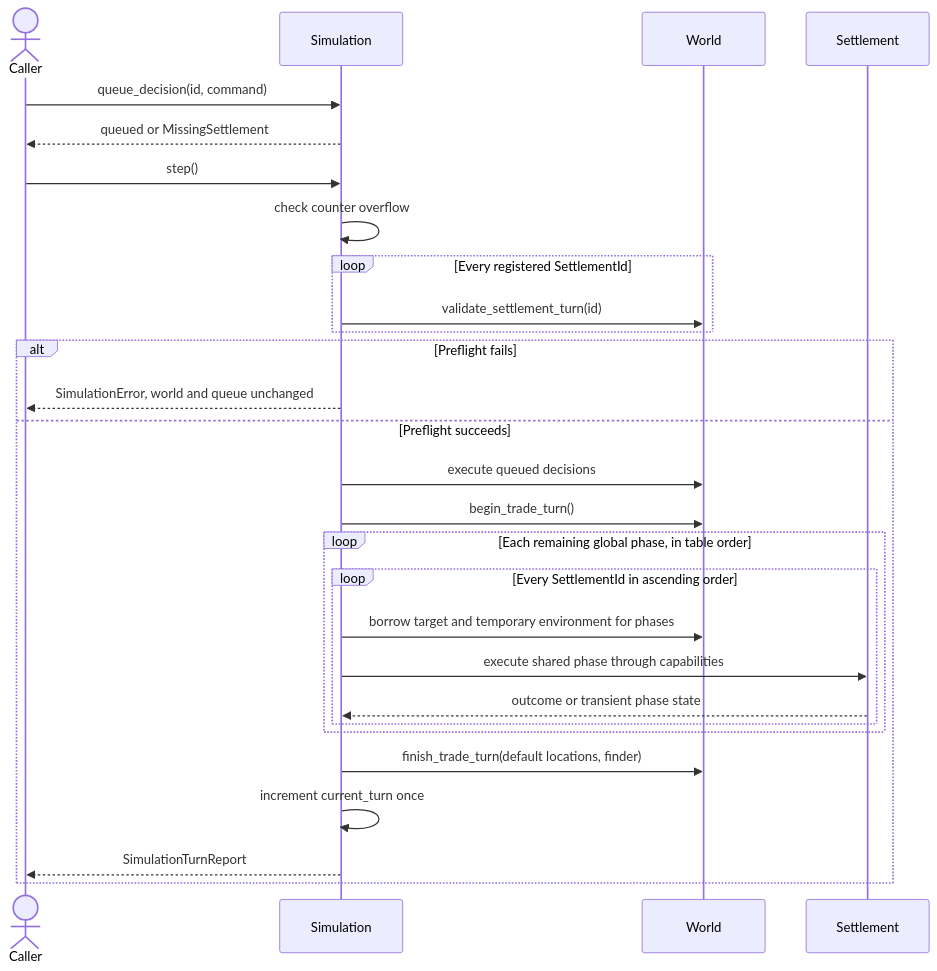
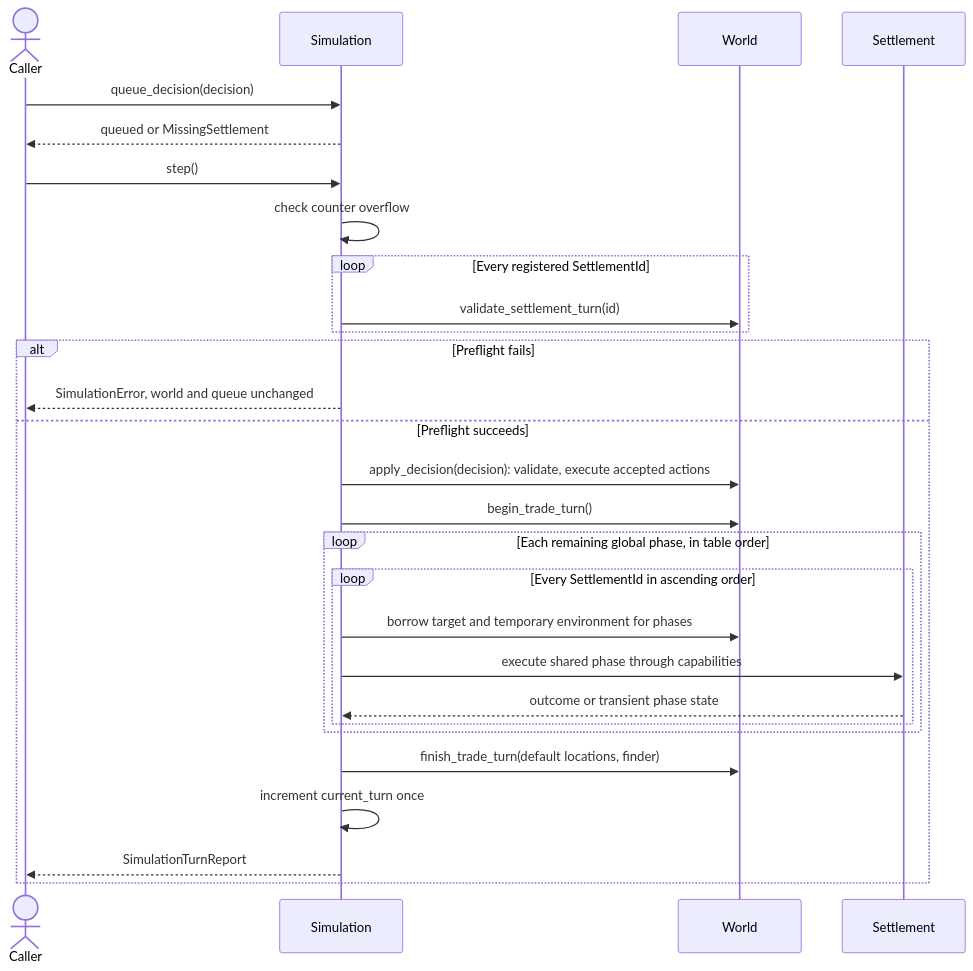
One commit to KMaksymilian/marl-grand-strategy-game changed the first of 3 diagrams in docs/architecture/overview/turn_lifecycle.md. Above: the diagram before and after it, drawn with Mermaid. The commit also changed 18 other files, not shown here.

````diff
--- a/docs/architecture/overview/turn_lifecycle.md
+++ b/docs/architecture/overview/turn_lifecycle.md
@@ -28,30 +28,30 @@
 ```mermaid
 sequenceDiagram
     actor Caller
     participant Sim as Simulation
     participant W as World
     participant S as Settlement
-    Caller->>Sim: queue_decision(id, command)
+    Caller->>Sim: queue_decision(decision)
     Sim-->>Caller: queued or MissingSettlement
     Caller->>Sim: step()
     Sim->>Sim: check counter overflow
     loop Every registered SettlementId
         Sim->>W: validate_settlement_turn(id)
     end
     alt Preflight fails
         Sim-->>Caller: SimulationError, world and queue unchanged
     else Preflight succeeds
-        Sim->>W: execute queued decisions
+        Sim->>W: apply_decision(decision): validate, execute accepted actions
         Sim->>W: begin_trade_turn()
         loop Each remaining global phase, in table order
             loop Every SettlementId in ascending order
                 Sim->>W: borrow target and temporary environment for phases
                 Sim->>S: execute shared phase through capabilities
                 S-->>Sim: outcome or transient phase state
             end
         end
         Sim->>W: finish_trade_turn(default locations, finder)
         Sim->>Sim: increment current_turn once
         Sim-->>Caller: SimulationTurnReport
     end
 ```
````
